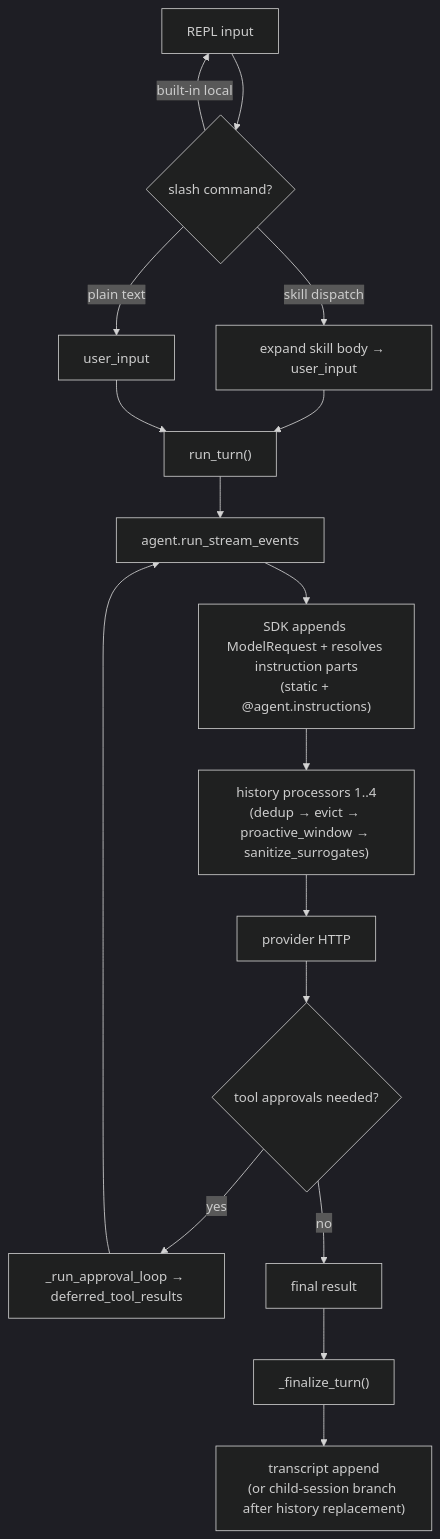
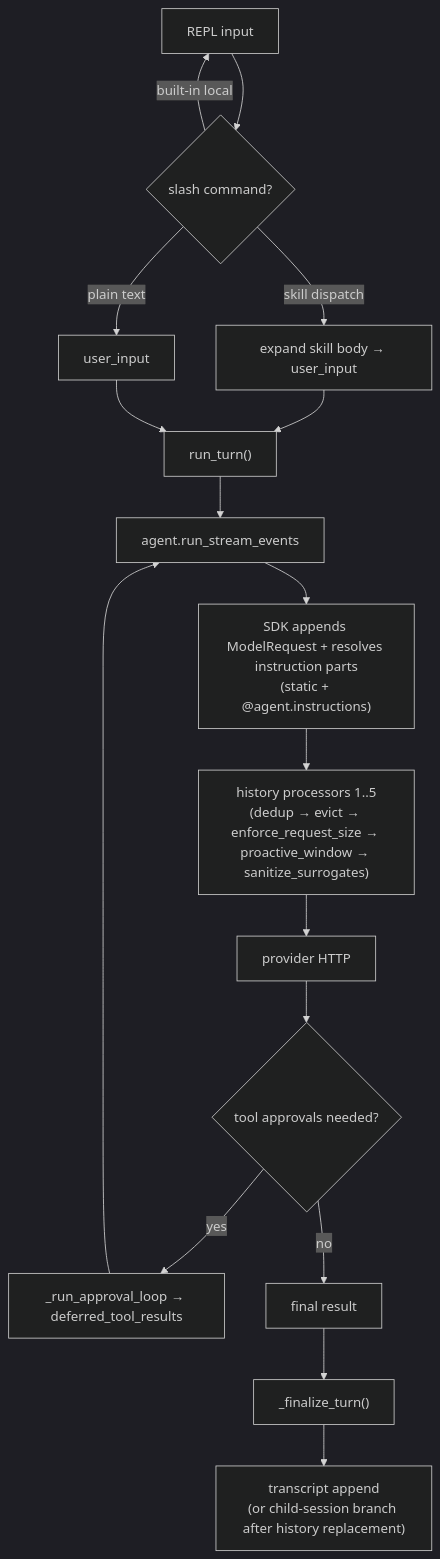
The first of 2 diagrams in docs/specs/core-loop.md (binlecode/co-cli), drawn with Mermaid (dark theme) before and after one commit. The commit also changed other lines of this file and 48 other files, not shown here.

````diff
--- a/docs/specs/core-loop.md
+++ b/docs/specs/core-loop.md
@@ -12,21 +12,21 @@
 ```mermaid
 flowchart TD
     A["REPL input"] --> B{"slash command?"}
     B -->|built-in local| A
     B -->|skill dispatch| C["expand skill body → user_input"]
     B -->|plain text| D["user_input"]
     C --> E["run_turn()"]
     D --> E
 
     E --> F["agent.run_stream_events"]
     F --> G["SDK appends ModelRequest + resolves instruction parts<br/>(static + @agent.instructions)"]
-    G --> H["history processors 1..4<br/>(dedup → evict → proactive_window → sanitize_surrogates)"]
+    G --> H["history processors 1..5<br/>(dedup → evict → enforce_request_size → proactive_window → sanitize_surrogates)"]
     H --> I["provider HTTP"]
     I --> J{"tool approvals needed?"}
     J -->|yes| K["_run_approval_loop → deferred_tool_results"]
     K --> F
     J -->|no| L["final result"]
 
     L --> M["_finalize_turn()"]
     M --> N["transcript append<br/>(or child-session branch after history replacement)"]
 ```
````
